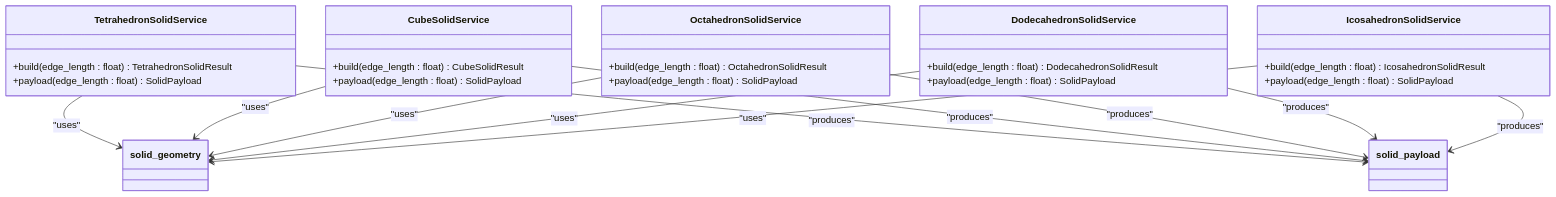
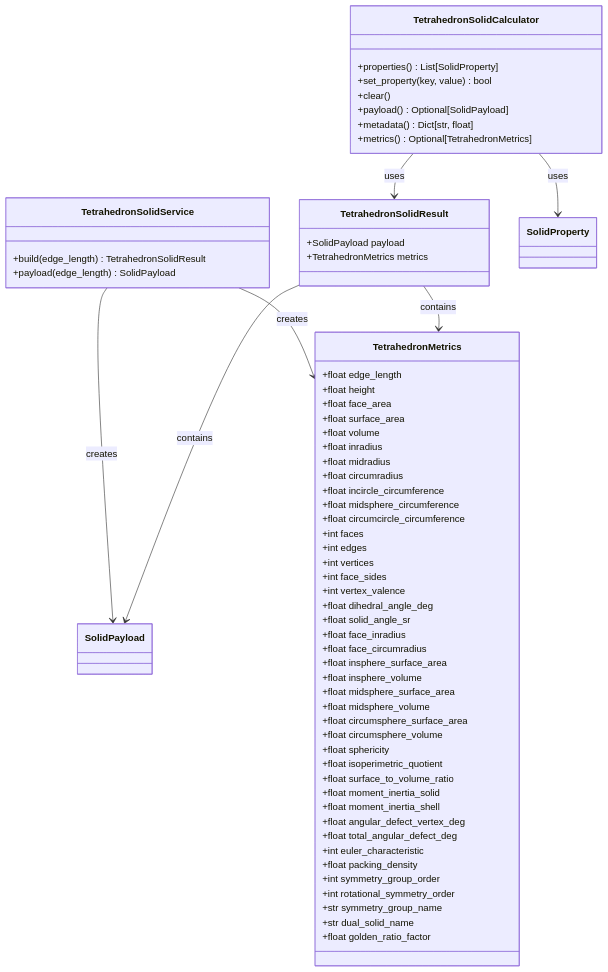
Before and after one commit to TheDaniel166/IsopGem: the fifth of 9 diagrams in .qoder/repowiki/en/content/Architecture Overview/Pillar-Based Architecture/Geometry Pillar/3D Solid Visualizations.md, drawn with Mermaid. The commit also changed other lines of this file and 29 other files, not shown here.

````diff
--- a/.qoder/repowiki/en/content/Architecture Overview/Pillar-Based Architecture/Geometry Pillar/3D Solid Visualizations.md
+++ b/.qoder/repowiki/en/content/Architecture Overview/Pillar-Based Architecture/Geometry Pillar/3D Solid Visualizations.md
@@ -101,33 +253,67 @@
 ```mermaid
 classDiagram
+class TetrahedronMetrics {
++float edge_length
++float height
++float face_area
++float surface_area
++float volume
++float inradius
++float midradius
++float circumradius
++float incircle_circumference
++float midsphere_circumference
++float circumcircle_circumference
++int faces
++int edges
++int vertices
++int face_sides
++int vertex_valence
++float dihedral_angle_deg
++float solid_angle_sr
++float face_inradius
++float face_circumradius
++float insphere_surface_area
++float insphere_volume
++float midsphere_surface_area
++float midsphere_volume
++float circumsphere_surface_area
++float circumsphere_volume
++float sphericity
++float isoperimetric_quotient
++float surface_to_volume_ratio
++float moment_inertia_solid
++float moment_inertia_shell
++float angular_defect_vertex_deg
++float total_angular_defect_deg
++int euler_characteristic
++float packing_density
++int symmetry_group_order
++int rotational_symmetry_order
++str symmetry_group_name
++str dual_solid_name
++float golden_ratio_factor
+}
+class TetrahedronSolidResult {
++SolidPayload payload
++TetrahedronMetrics metrics
+}
 class TetrahedronSolidService {
-+build(edge_length : float) TetrahedronSolidResult
-+payload(edge_length : float) SolidPayload
++build(edge_length) TetrahedronSolidResult
++payload(edge_length) SolidPayload
 }
-class CubeSolidService {
-+build(edge_length : float) CubeSolidResult
-+payload(edge_length : float) SolidPayload
+class TetrahedronSolidCalculator {
++properties() List[SolidProperty]
++set_property(key, value) bool
++clear()
++payload() Optional[SolidPayload]
++metadata() Dict[str, float]
++metrics() Optional[TetrahedronMetrics]
 }
-class OctahedronSolidService {
-+build(edge_length : float) OctahedronSolidResult
-+payload(edge_length : float) SolidPayload
-}
-class DodecahedronSolidService {
-+build(edge_length : float) DodecahedronSolidResult
-+payload(edge_length : float) SolidPayload
-}
-class IcosahedronSolidService {
-+build(edge_length : float) IcosahedronSolidResult
-+payload(edge_length : float) SolidPayload
-}
-TetrahedronSolidService --> solid_geometry : "uses"
-CubeSolidService --> solid_geometry : "uses"
-OctahedronSolidService --> solid_geometry : "uses"
-DodecahedronSolidService --> solid_geometry : "uses"
-IcosahedronSolidService --> solid_geometry : "uses"
-TetrahedronSolidService --> solid_payload : "produces"
-CubeSolidService --> solid_payload : "produces"
-OctahedronSolidService --> solid_payload : "produces"
-DodecahedronSolidService --> solid_payload : "produces"
-IcosahedronSolidService --> solid_payload : "produces"
+TetrahedronSolidService --> TetrahedronMetrics : creates
+TetrahedronSolidService --> SolidPayload : creates
+TetrahedronSolidResult --> SolidPayload : contains
+TetrahedronSolidResult --> TetrahedronMetrics : contains
+TetrahedronSolidCalculator --> SolidProperty : uses
+TetrahedronSolidCalculator --> TetrahedronSolidResult : uses
 ```
````
